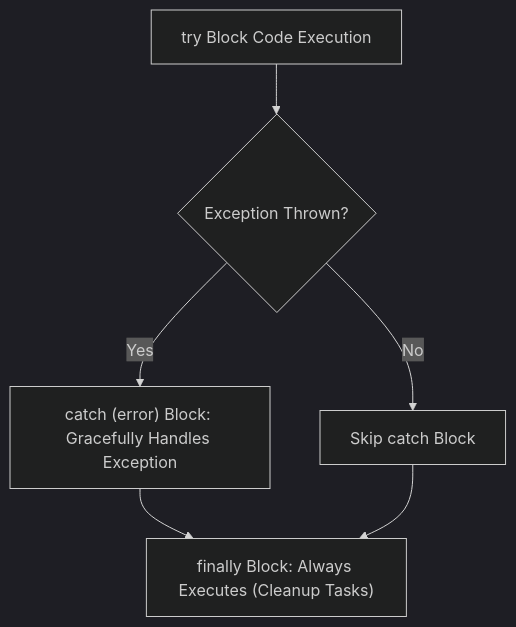
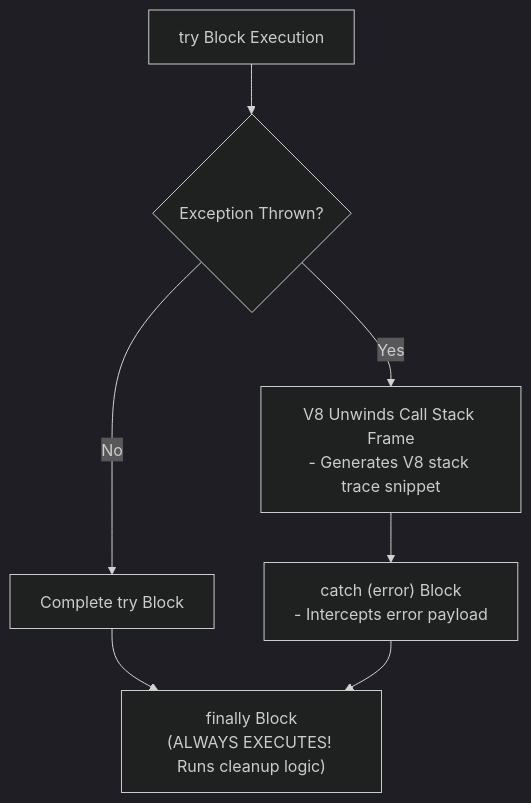
Before and after one commit to Amie-dev/engineering-playbook: the first of 3 diagrams in js-notes/32-error-handling.md, drawn with Mermaid (dark theme). The commit also changed other lines of this file and 42 other files, not shown here.

````diff
--- a/js-notes/32-error-handling.md
+++ b/js-notes/32-error-handling.md
@@ -10,8 +15,11 @@
 ```mermaid
 flowchart TD
-    TryBlock[try Block Code Execution] --> Check{Exception Thrown?}
-    Check -- Yes --> CatchBlock["catch (error) Block: Gracefully Handles Exception"]
-    Check -- No --> Continue[Skip catch Block]
-    CatchBlock --> FinallyBlock["finally Block: Always Executes (Cleanup Tasks)"]
-    Continue --> FinallyBlock
+    TryExec[try Block Execution] --> ExceptionOccurs{Exception Thrown?}
+
+    ExceptionOccurs -- No --> CompleteTry[Complete try Block]
+    CompleteTry --> AlwaysFinally
+
+    ExceptionOccurs -- Yes --> UnwindStack["V8 Unwinds Call Stack Frame<br/>- Generates V8 stack trace snippet"]
+    UnwindStack --> CatchBlock["catch (error) Block<br/>- Intercepts error payload"]
+    CatchBlock --> AlwaysFinally["finally Block<br/>(ALWAYS EXECUTES! Runs cleanup logic)"]
 ```
````
